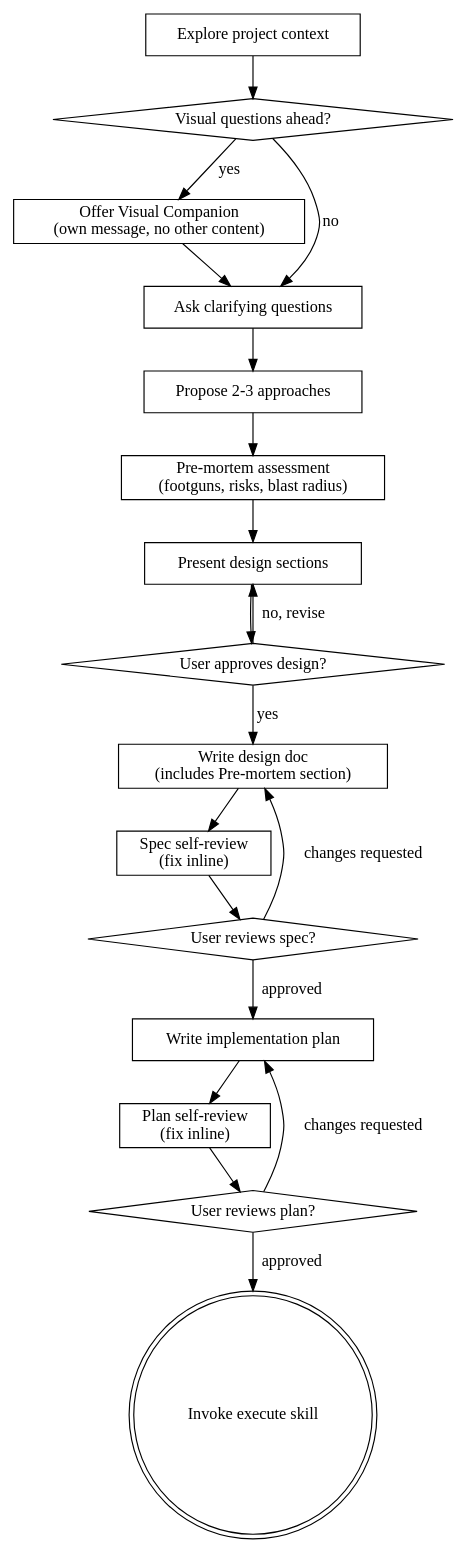
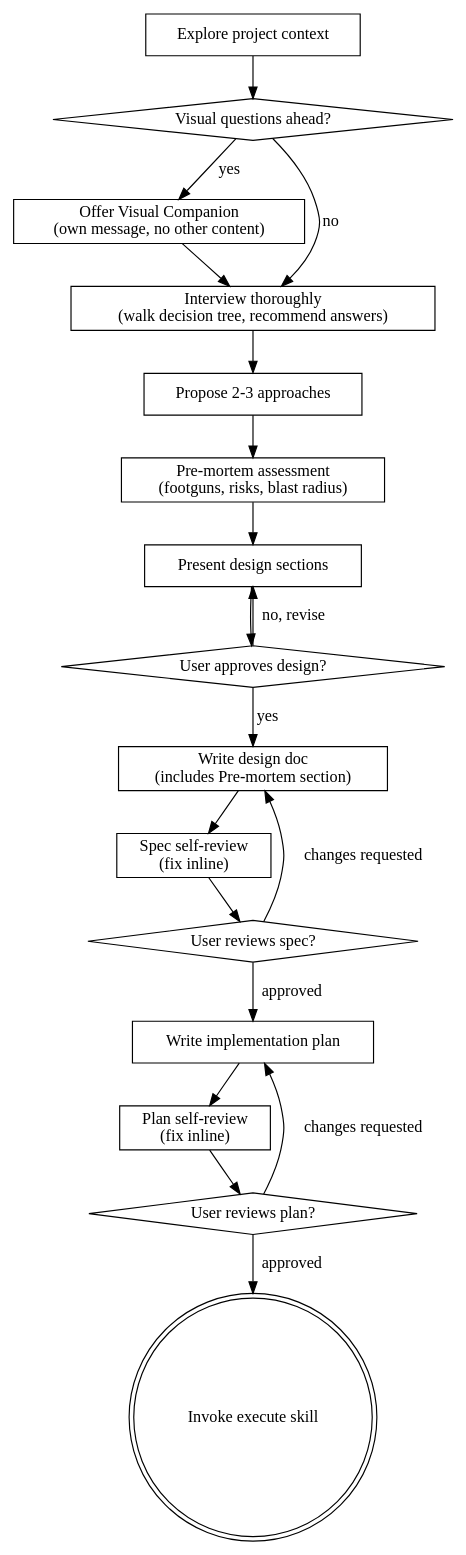
The diagram in skills/brainstorm/SKILL.md (hirnx/.claude), drawn with Graphviz before and after one commit. The commit also changed other lines of this file and 28 other files, not shown here.

````diff
--- a/skills/brainstorm/SKILL.md
+++ b/skills/brainstorm/SKILL.md
@@ -45,38 +45,38 @@
 ```dot
 digraph brainstorming {
     "Explore project context" [shape=box];
     "Visual questions ahead?" [shape=diamond];
     "Offer Visual Companion\n(own message, no other content)" [shape=box];
-    "Ask clarifying questions" [shape=box];
+    "Interview thoroughly\n(walk decision tree, recommend answers)" [shape=box];
     "Propose 2-3 approaches" [shape=box];
     "Pre-mortem assessment\n(footguns, risks, blast radius)" [shape=box];
     "Present design sections" [shape=box];
     "User approves design?" [shape=diamond];
     "Write design doc\n(includes Pre-mortem section)" [shape=box];
     "Spec self-review\n(fix inline)" [shape=box];
     "User reviews spec?" [shape=diamond];
     "Write implementation plan" [shape=box];
     "Plan self-review\n(fix inline)" [shape=box];
     "User reviews plan?" [shape=diamond];
     "Invoke execute skill" [shape=doublecircle];
 
     "Explore project context" -> "Visual questions ahead?";
     "Visual questions ahead?" -> "Offer Visual Companion\n(own message, no other content)" [label="yes"];
-    "Visual questions ahead?" -> "Ask clarifying questions" [label="no"];
-    "Offer Visual Companion\n(own message, no other content)" -> "Ask clarifying questions";
-    "Ask clarifying questions" -> "Propose 2-3 approaches";
+    "Visual questions ahead?" -> "Interview thoroughly\n(walk decision tree, recommend answers)" [label="no"];
+    "Offer Visual Companion\n(own message, no other content)" -> "Interview thoroughly\n(walk decision tree, recommend answers)";
+    "Interview thoroughly\n(walk decision tree, recommend answers)" -> "Propose 2-3 approaches";
     "Propose 2-3 approaches" -> "Pre-mortem assessment\n(footguns, risks, blast radius)";
     "Pre-mortem assessment\n(footguns, risks, blast radius)" -> "Present design sections";
     "Present design sections" -> "User approves design?";
     "User approves design?" -> "Present design sections" [label="no, revise"];
     "User approves design?" -> "Write design doc\n(includes Pre-mortem section)" [label="yes"];
     "Write design doc\n(includes Pre-mortem section)" -> "Spec self-review\n(fix inline)";
     "Spec self-review\n(fix inline)" -> "User reviews spec?";
     "User reviews spec?" -> "Write design doc\n(includes Pre-mortem section)" [label="changes requested"];
     "User reviews spec?" -> "Write implementation plan" [label="approved"];
     "Write implementation plan" -> "Plan self-review\n(fix inline)";
     "Plan self-review\n(fix inline)" -> "User reviews plan?";
     "User reviews plan?" -> "Write implementation plan" [label="changes requested"];
     "User reviews plan?" -> "Invoke execute skill" [label="approved"];
 }
 ```
````
